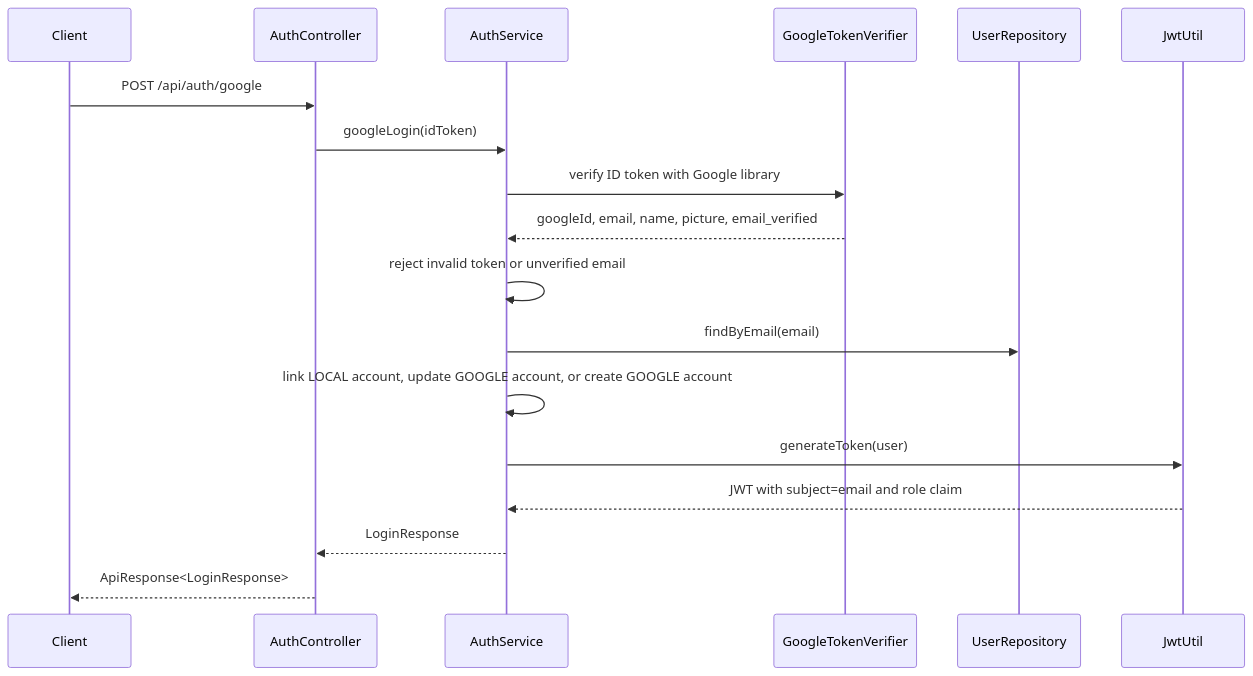
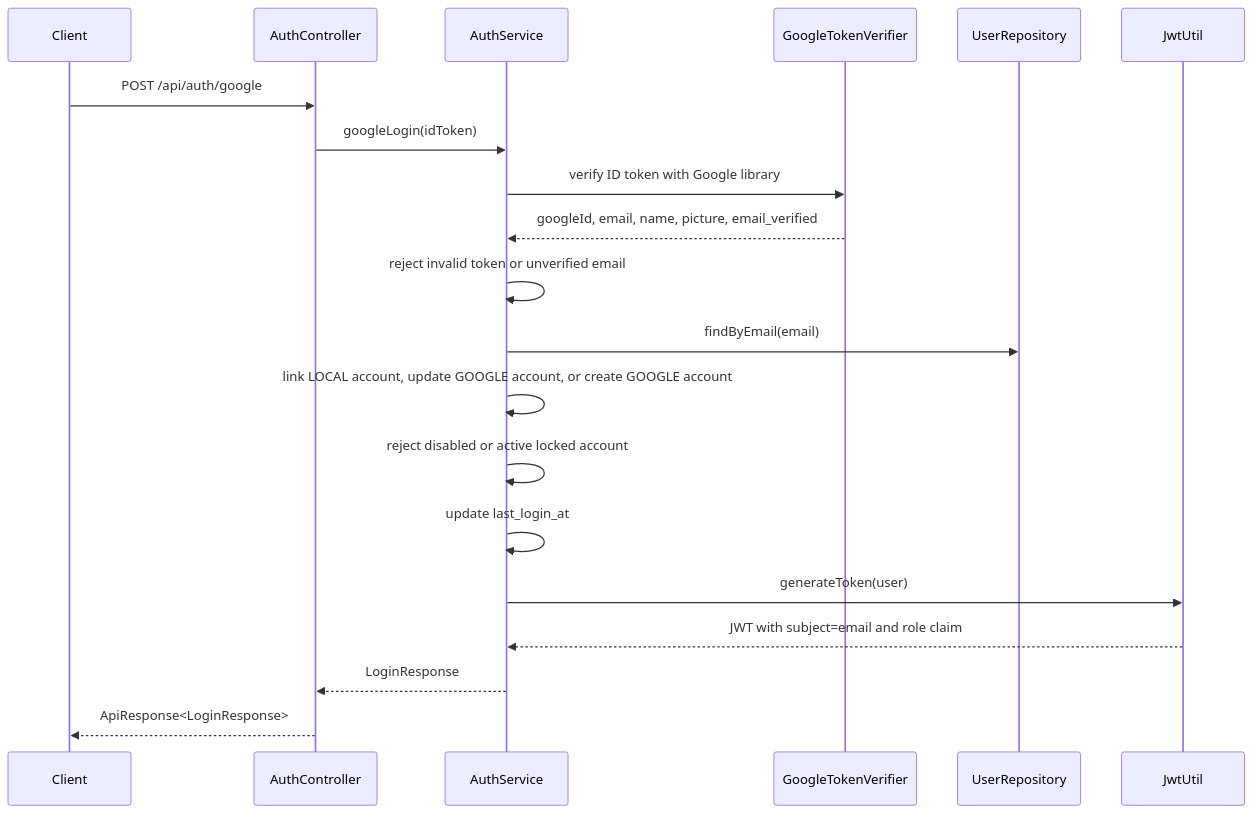
Before and after one commit to yuneshbyte01/hamro-chalchitraghar-backend: the fifth of 11 diagrams in docs/ARCHITECTURE.md, drawn with Mermaid. The commit also changed other lines of this file and 10 other files, not shown here.

Commit message:
feat(auth): harden authentication with account security controls

````diff
--- a/docs/ARCHITECTURE.md
+++ b/docs/ARCHITECTURE.md
@@ -139,21 +153,23 @@
 ```mermaid
 sequenceDiagram
     participant Client
     participant AuthController
     participant AuthService
     participant GoogleVerifier as GoogleTokenVerifier
     participant UserRepo as UserRepository
     participant JwtUtil
 
     Client->>AuthController: POST /api/auth/google
     AuthController->>AuthService: googleLogin(idToken)
     AuthService->>GoogleVerifier: verify ID token with Google library
     GoogleVerifier-->>AuthService: googleId, email, name, picture, email_verified
     AuthService->>AuthService: reject invalid token or unverified email
     AuthService->>UserRepo: findByEmail(email)
     AuthService->>AuthService: link LOCAL account, update GOOGLE account, or create GOOGLE account
+    AuthService->>AuthService: reject disabled or active locked account
+    AuthService->>AuthService: update last_login_at
     AuthService->>JwtUtil: generateToken(user)
     JwtUtil-->>AuthService: JWT with subject=email and role claim
     AuthService-->>AuthController: LoginResponse
     AuthController-->>Client: ApiResponse<LoginResponse>
 ```
````
